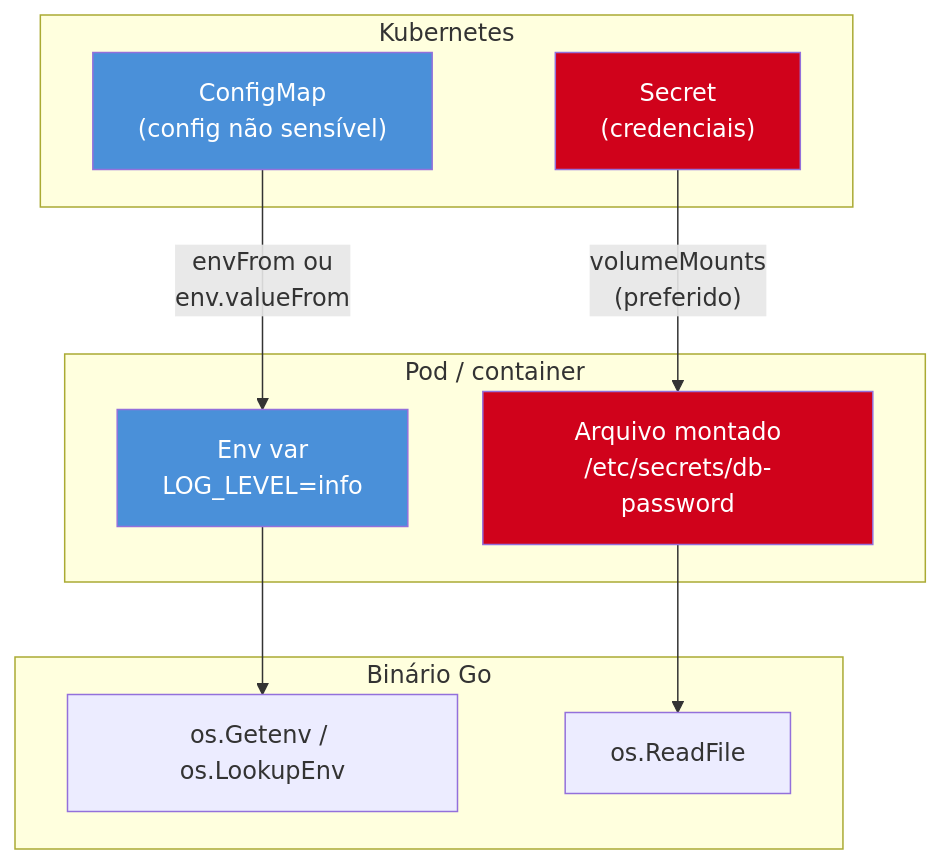
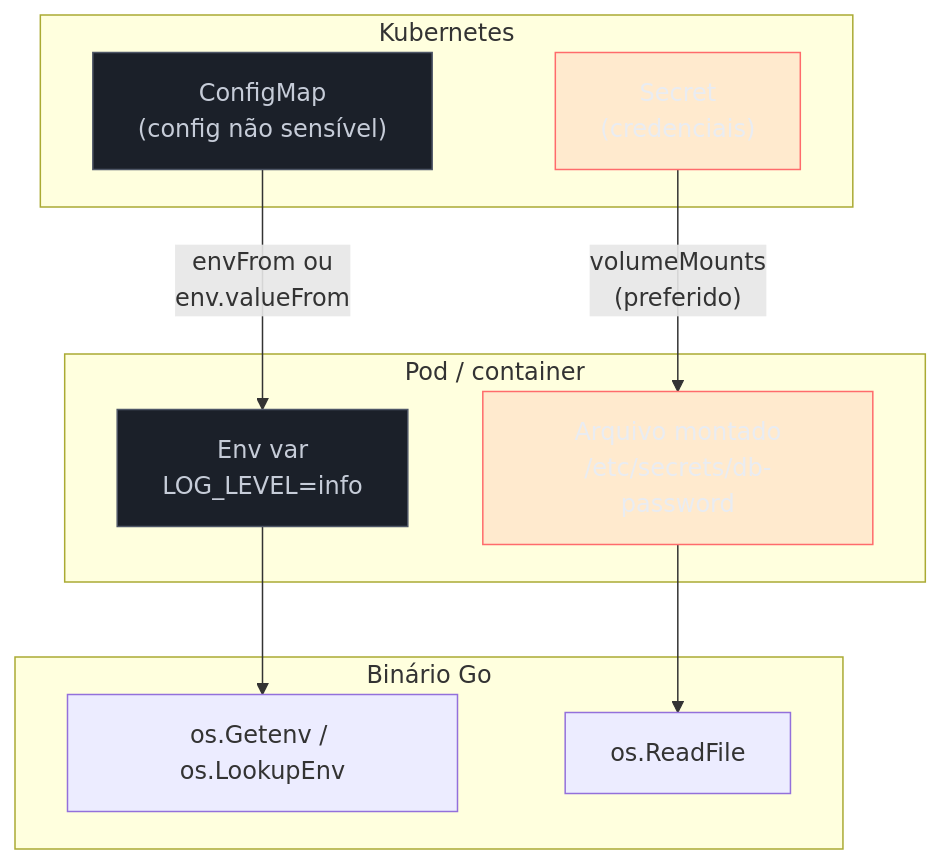
The first of 2 diagrams in 03-Dominios/Tecnologia/Go/18 - Cloud-native e produção/07 - Configuração e secrets em produção.md (josenaldo/codex-technomanticus), drawn with Mermaid before and after one commit. The commit also changed 1181 other files, not shown here.

First line of the commit message:
fix(diagramas): paleta do sistema no lugar de cor cravada no markdown

````diff
--- a/03-Dominios/Tecnologia/Go/18 - Cloud-native e produção/07 - Configuração e secrets em produção.md
+++ b/03-Dominios/Tecnologia/Go/18 - Cloud-native e produção/07 - Configuração e secrets em produção.md
@@ -30,28 +30,30 @@
 ```mermaid
 flowchart TB
+    classDef neutro fill:#1B2029,stroke:#4E5666,color:#C6CCD8
+    classDef falha fill:#FF6B6B24,stroke:#FF6B6B,color:#E9ECF2
     subgraph K8s["Kubernetes"]
         CM["ConfigMap\n(config não sensível)"]
         Secret["Secret\n(credenciais)"]
     end
 
     subgraph Pod["Pod / container"]
         EnvVar["Env var\nLOG_LEVEL=info"]
         File["Arquivo montado\n/etc/secrets/db-password"]
     end
 
     subgraph App["Binário Go"]
         Getenv["os.Getenv / os.LookupEnv"]
         ReadFile["os.ReadFile"]
     end
 
     CM -->|"envFrom ou\nenv.valueFrom"| EnvVar
     Secret -->|"volumeMounts\n(preferido)"| File
 
     EnvVar --> Getenv
     File --> ReadFile
 
-    style CM fill:#4A90D9,color:#fff
-    style Secret fill:#D0021B,color:#fff
-    style EnvVar fill:#4A90D9,color:#fff
-    style File fill:#D0021B,color:#fff
+    class CM neutro
+    class Secret falha
+    class EnvVar neutro
+    class File falha
 ```
````
